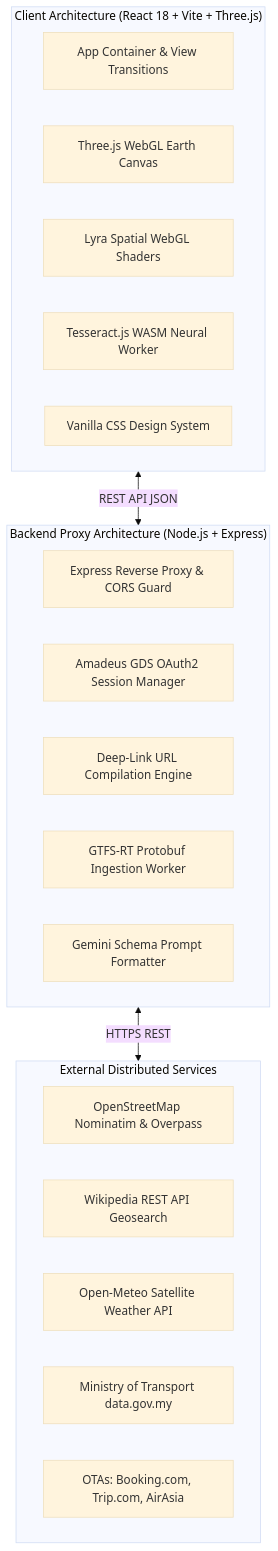
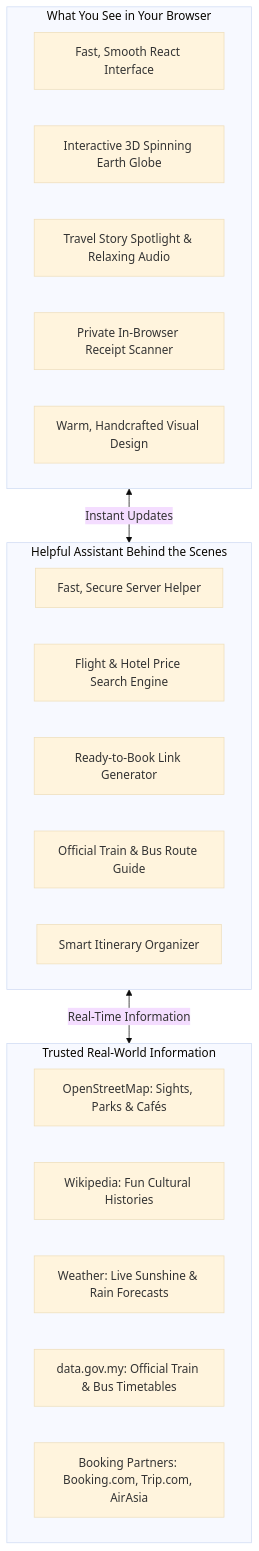
The eighth of 15 diagrams in README.md (sharonxinn/Plan_Trip), drawn with Mermaid (base theme) before and after one commit. The commit also changed other lines of this file and 21 other files, not shown here.

````diff
--- a/README.md
+++ b/README.md
@@ -456,29 +461,29 @@
 ```mermaid
 graph TD
-    subgraph FRONTEND ["Client Architecture (React 18 + Vite + Three.js)"]
-        F1[App Container & View Transitions]
-        F2[Three.js WebGL Earth Canvas]
-        F3[Lyra Spatial WebGL Shaders]
-        F4[Tesseract.js WASM Neural Worker]
-        F5[Vanilla CSS Design System]
+    subgraph FRONTEND ["What You See in Your Browser"]
+        F1[Fast, Smooth React Interface]
+        F2[Interactive 3D Spinning Earth Globe]
+        F3[Travel Story Spotlight & Relaxing Audio]
+        F4[Private In-Browser Receipt Scanner]
+        F5[Warm, Handcrafted Visual Design]
     end
 
-    subgraph BACKEND ["Backend Proxy Architecture (Node.js + Express)"]
-        B1[Express Reverse Proxy & CORS Guard]
-        B2[Amadeus GDS OAuth2 Session Manager]
-        B3[Deep-Link URL Compilation Engine]
-        B4[GTFS-RT Protobuf Ingestion Worker]
-        B5[Gemini Schema Prompt Formatter]
+    subgraph BACKEND ["Helpful Assistant Behind the Scenes"]
+        B1[Fast, Secure Server Helper]
+        B2[Flight & Hotel Price Search Engine]
+        B3[Ready-to-Book Link Generator]
+        B4[Official Train & Bus Route Guide]
+        B5[Smart Itinerary Organizer]
     end
 
-    subgraph SERVICES ["External Distributed Services"]
-        S1[OpenStreetMap Nominatim & Overpass]
-        S2[Wikipedia REST API Geosearch]
-        S3[Open-Meteo Satellite Weather API]
-        S4[Ministry of Transport data.gov.my]
-        S5[OTAs: Booking.com, Trip.com, AirAsia]
+    subgraph SERVICES ["Trusted Real-World Information"]
+        S1[OpenStreetMap: Sights, Parks & Cafés]
+        S2[Wikipedia: Fun Cultural Histories]
+        S3[Weather: Live Sunshine & Rain Forecasts]
+        S4[data.gov.my: Official Train & Bus Timetables]
+        S5[Booking Partners: Booking.com, Trip.com, AirAsia]
     end
 
-    FRONTEND <-->|REST API JSON| BACKEND
-    BACKEND <-->|HTTPS REST| SERVICES
+    FRONTEND <-->|Instant Updates| BACKEND
+    BACKEND <-->|Real-Time Information| SERVICES
 ```
````
